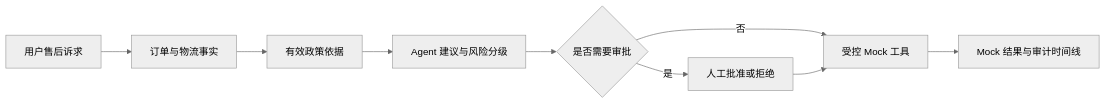
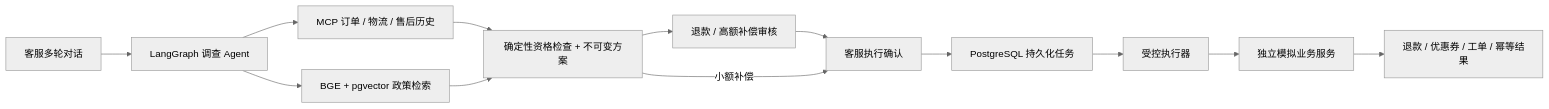
Before and after one commit to JayYu686/commerceflow-agent: the diagram in README.md, drawn with Mermaid (neutral theme). The commit also changed other lines of this file and 179 other files, not shown here.

````diff
--- a/README.md
+++ b/README.md
@@ -17,11 +11,15 @@
 ```mermaid
 flowchart LR
-  A[用户售后诉求] --> B[订单与物流事实]
-  B --> C[有效政策依据]
-  C --> D[Agent 建议与风险分级]
-  D --> E{是否需要审批}
-  E -->|是| F[人工批准或拒绝]
-  E -->|否| G[受控 Mock 工具]
-  F --> G
-  G --> H[Mock 结果与审计时间线]
+    U[客服多轮对话] --> A[LangGraph 调查 Agent]
+    A --> M[MCP 订单 / 物流 / 售后历史]
+    A --> R[BGE + pgvector 政策检索]
+    M --> P[确定性资格检查 + 不可变方案]
+    R --> P
+    P --> H[退款 / 高额补偿审核]
+    H --> C[客服执行确认]
+    P -->|小额补偿| C
+    C --> J[PostgreSQL 持久化任务]
+    J --> E[受控执行器]
+    E --> B[独立模拟业务服务]
+    B --> L[退款 / 优惠券 / 工单 / 幂等结果]
 ```
````
